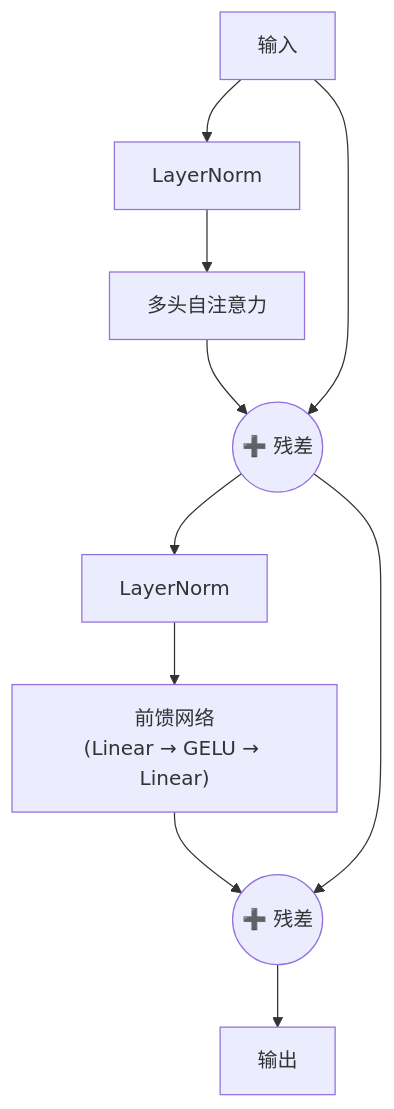
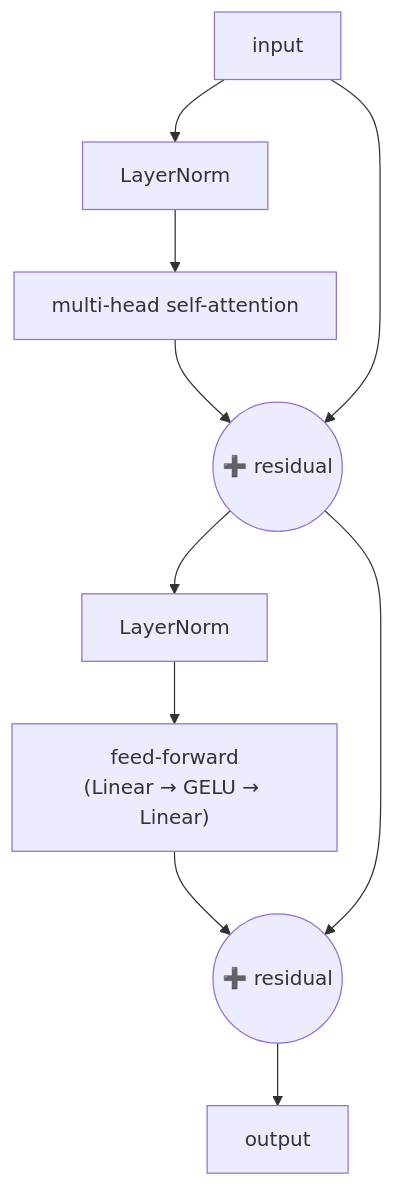
Before and after one commit to Alas129/transformer-playground: the sixth of 23 diagrams in docs/diagrams.md, drawn with Mermaid. The commit also changed other lines of this file, not shown here.

Commit message:
updated diagrams

````diff
--- a/docs/diagrams.md
+++ b/docs/diagrams.md
@@ -120,12 +133,12 @@
 ```mermaid
 flowchart TD
-    in[输入] --> ln1[LayerNorm]
-    ln1 --> mha[多头自注意力]
-    mha --> r1(("➕ 残差"))
+    in[input] --> ln1[LayerNorm]
+    ln1 --> mha[multi-head self-attention]
+    mha --> r1(("➕ residual"))
     in --> r1
     r1 --> ln2[LayerNorm]
-    ln2 --> ff["前馈网络<br/>(Linear → GELU → Linear)"]
-    ff --> r2(("➕ 残差"))
+    ln2 --> ff["feed-forward<br/>(Linear → GELU → Linear)"]
+    ff --> r2(("➕ residual"))
     r1 --> r2
-    r2 --> out[输出]
+    r2 --> out[output]
 ```
````
